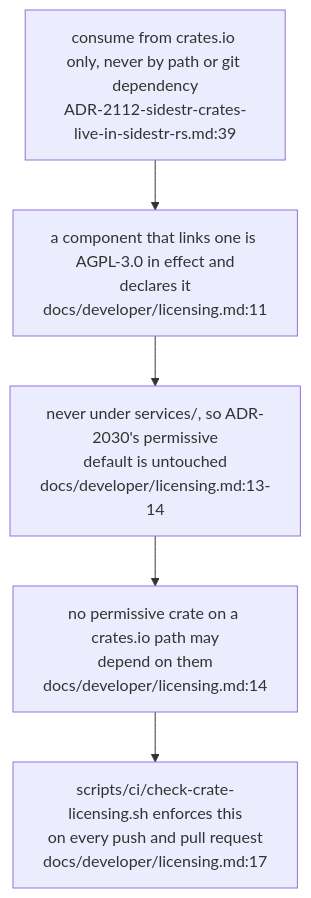
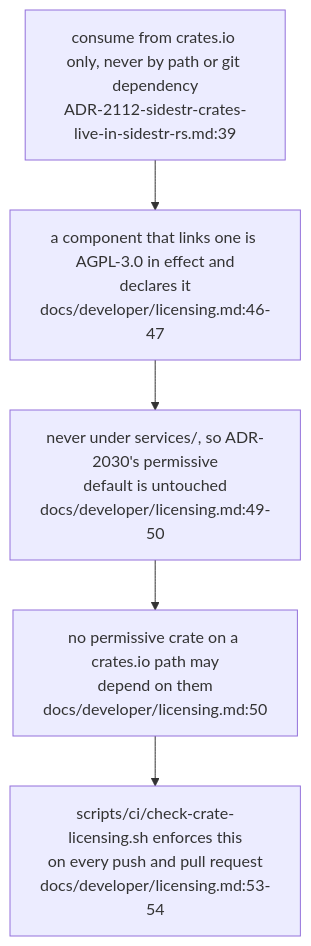
One commit to DreamLab-AI/VisionFlow changed the second of 2 diagrams in docs/diagrams/agentbox/33-sidestr-crates.md. Above: the diagram before and after it, drawn with Mermaid. The commit also changed other lines of this file and 80 other files, not shown here.

First line of the commit message:
docs(diagrams): re-verify the agentbox, dreamlab, estate and visionflow corpus against current sources

````diff
--- a/docs/diagrams/agentbox/33-sidestr-crates.md
+++ b/docs/diagrams/agentbox/33-sidestr-crates.md
@@ -47,9 +47,9 @@
 ```mermaid
 flowchart TB
     R1["consume from crates.io only, never by path or git dependency<br/>ADR-2112-sidestr-crates-live-in-sidestr-rs.md:39"]
-    R2["a component that links one is AGPL-3.0 in effect and<br/>declares it<br/>docs/developer/licensing.md:11"]
-    R3["never under services/, so ADR-2030's permissive<br/>default is untouched<br/>docs/developer/licensing.md:13-14"]
-    R4["no permissive crate on a crates.io path may<br/>depend on them<br/>docs/developer/licensing.md:14"]
-    R5["scripts/ci/check-crate-licensing.sh enforces this<br/>on every push and pull request<br/>docs/developer/licensing.md:17"]
+    R2["a component that links one is AGPL-3.0 in effect and<br/>declares it<br/>docs/developer/licensing.md:46-47"]
+    R3["never under services/, so ADR-2030's permissive<br/>default is untouched<br/>docs/developer/licensing.md:49-50"]
+    R4["no permissive crate on a crates.io path may<br/>depend on them<br/>docs/developer/licensing.md:50"]
+    R5["scripts/ci/check-crate-licensing.sh enforces this<br/>on every push and pull request<br/>docs/developer/licensing.md:53-54"]
     R1 --> R2 --> R3 --> R4 --> R5
 ```
````
